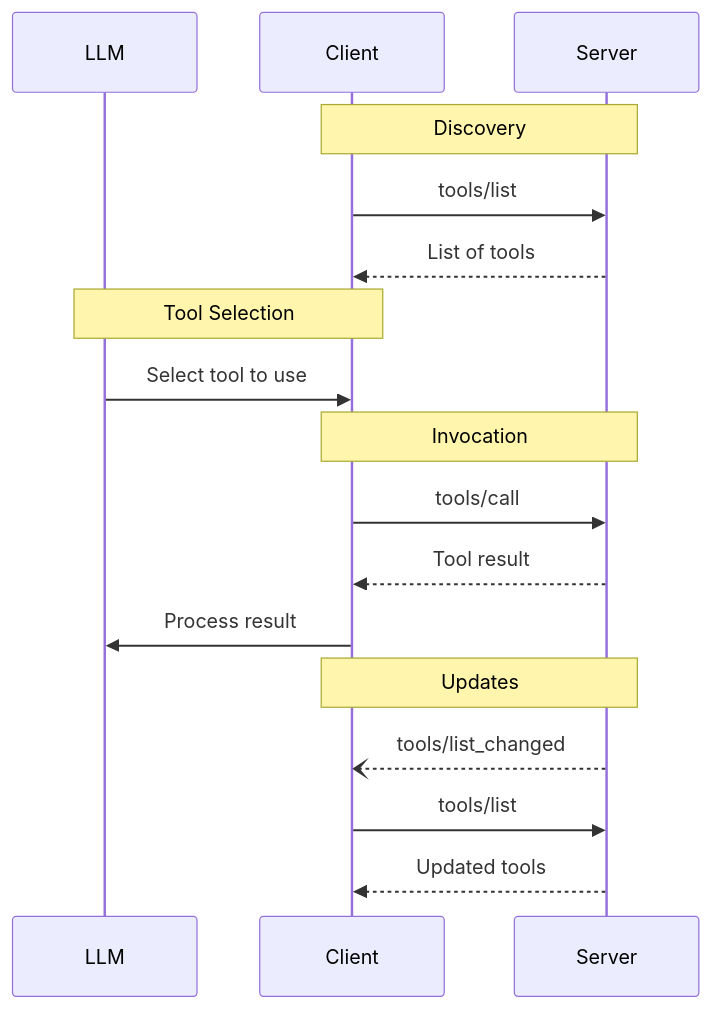
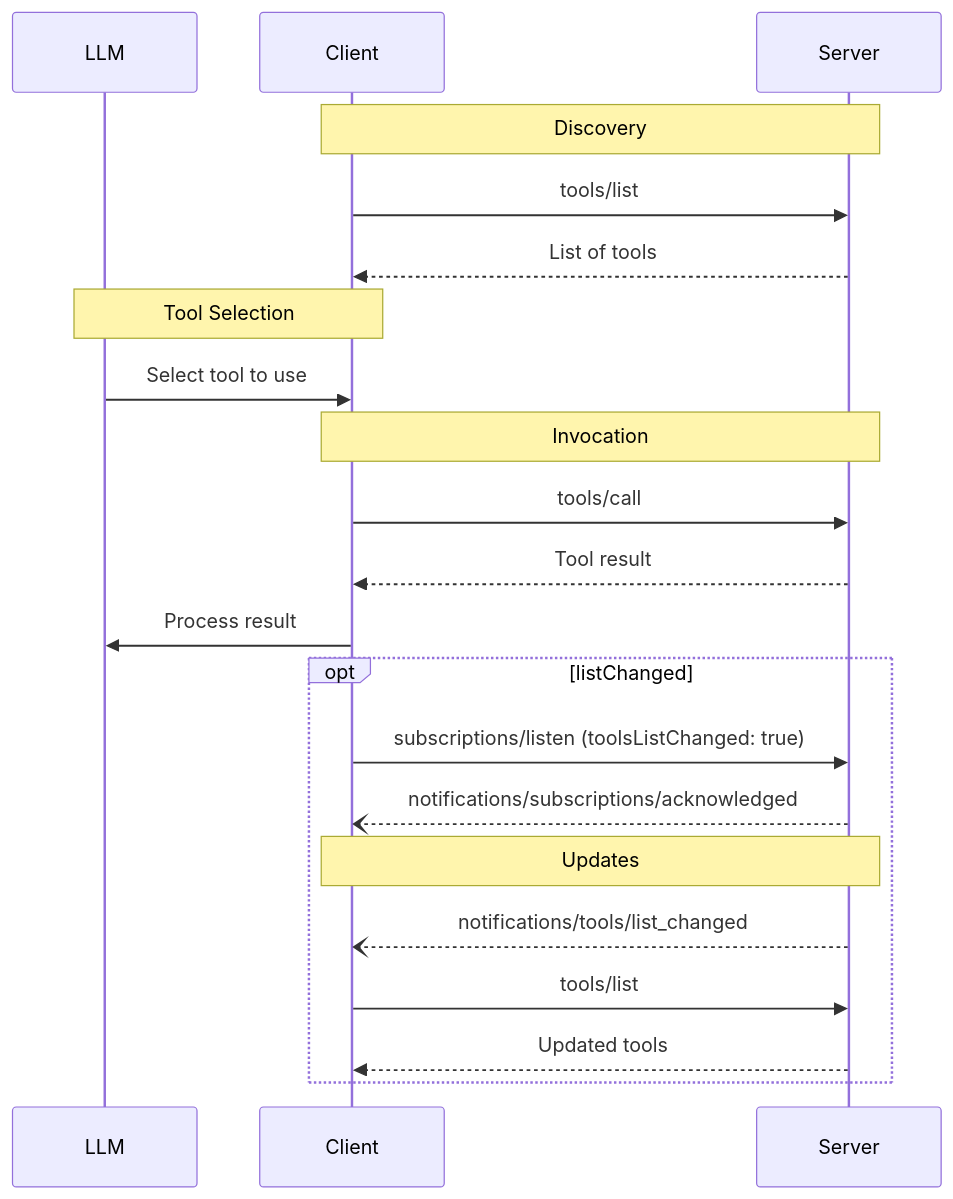
Before and after one commit to HIDORAKAI002/ai-workspace-archive: the diagram in mcp_ecosystem__model_context_protocol/official_mcp_repositories__anthropic/modelcontextprotocol/docs/specification/draft/server/tools.mdx, drawn with Mermaid. The commit also changed other lines of this file and 3896 other files, not shown here.

````diff
--- a/mcp_ecosystem__model_context_protocol/official_mcp_repositories__anthropic/modelcontextprotocol/docs/specification/draft/server/tools.mdx
+++ b/mcp_ecosystem__model_context_protocol/official_mcp_repositories__anthropic/modelcontextprotocol/docs/specification/draft/server/tools.mdx
@@ -241,23 +243,27 @@
 ```mermaid
 sequenceDiagram
     participant LLM
     participant Client
     participant Server
 
     Note over Client,Server: Discovery
     Client->>Server: tools/list
     Server-->>Client: List of tools
 
     Note over Client,LLM: Tool Selection
     LLM->>Client: Select tool to use
 
     Note over Client,Server: Invocation
     Client->>Server: tools/call
     Server-->>Client: Tool result
     Client->>LLM: Process result
 
-    Note over Client,Server: Updates
-    Server--)Client: tools/list_changed
-    Client->>Server: tools/list
-    Server-->>Client: Updated tools
+    opt listChanged
+      Client->>Server: subscriptions/listen (toolsListChanged: true)
+      Server--)Client: notifications/subscriptions/acknowledged
+      Note over Client,Server: Updates
+      Server--)Client: notifications/tools/list_changed
+      Client->>Server: tools/list
+      Server-->>Client: Updated tools
+    end
 ```
````
